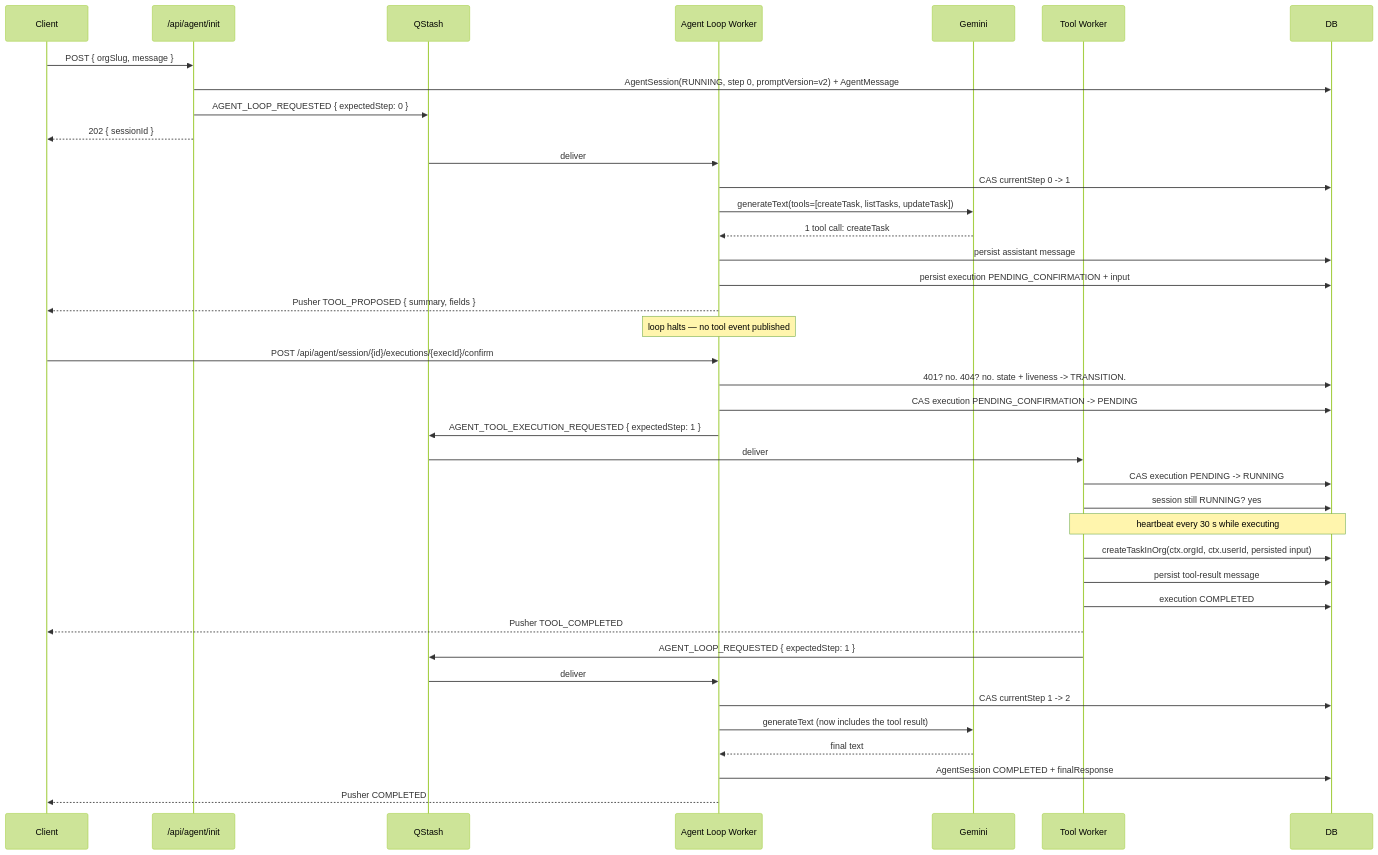
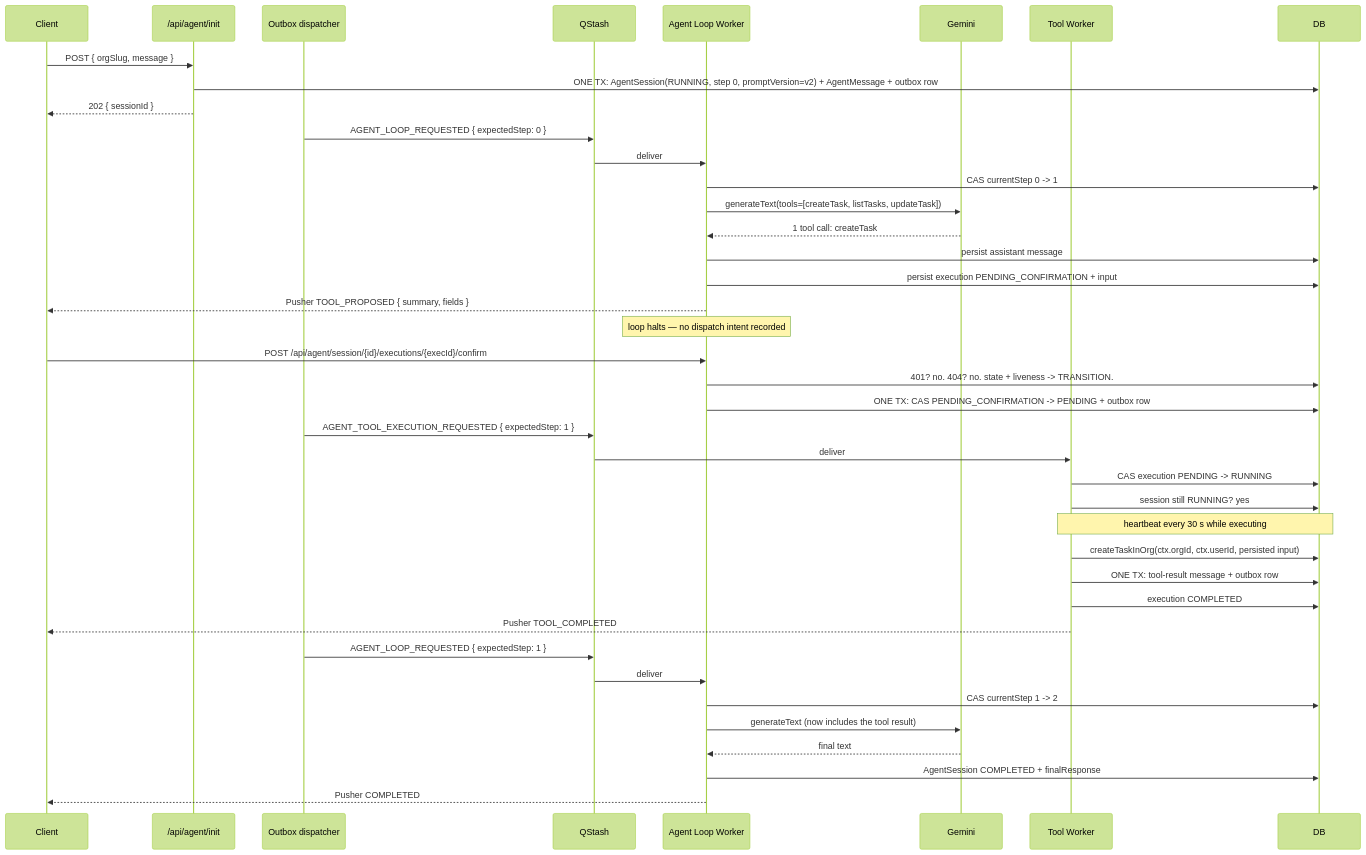
The seventh of 7 diagrams in forge/docs/architecture/agent/runtime.md (Mayur11code/Forge), drawn with Mermaid (forest theme) before and after one commit. The commit also changed other lines of this file and 1 other file, not shown here.

First line of the commit message:
docs(agent): document the outbox, approval expiry and recovery gaps

````diff
--- a/forge/docs/architecture/agent/runtime.md
+++ b/forge/docs/architecture/agent/runtime.md
@@ -718,43 +834,44 @@
 ```mermaid
 sequenceDiagram
     participant C as Client
     participant I as /api/agent/init
+    participant O as Outbox dispatcher
     participant Q as QStash
     participant L as Agent Loop Worker
     participant M as Gemini
     participant T as Tool Worker
     participant D as DB
 
     C->>I: POST { orgSlug, message }
-    I->>D: AgentSession(RUNNING, step 0, promptVersion=v2) + AgentMessage
-    I->>Q: AGENT_LOOP_REQUESTED { expectedStep: 0 }
+    I->>D: ONE TX: AgentSession(RUNNING, step 0, promptVersion=v2) + AgentMessage + outbox row
     I-->>C: 202 { sessionId }
+    O->>Q: AGENT_LOOP_REQUESTED { expectedStep: 0 }
     Q->>L: deliver
     L->>D: CAS currentStep 0 -> 1
     L->>M: generateText(tools=[createTask, listTasks, updateTask])
     M-->>L: 1 tool call: createTask
     L->>D: persist assistant message
     L->>D: persist execution PENDING_CONFIRMATION + input
     L-->>C: Pusher TOOL_PROPOSED { summary, fields }
-    Note over L: loop halts — no tool event published
+    Note over L: loop halts — no dispatch intent recorded
 
     C->>L: POST /api/agent/session/{id}/executions/{execId}/confirm
     L->>D: 401? no. 404? no. state + liveness -> TRANSITION.
-    L->>D: CAS execution PENDING_CONFIRMATION -> PENDING
-    L->>Q: AGENT_TOOL_EXECUTION_REQUESTED { expectedStep: 1 }
+    L->>D: ONE TX: CAS PENDING_CONFIRMATION -> PENDING + outbox row
+    O->>Q: AGENT_TOOL_EXECUTION_REQUESTED { expectedStep: 1 }
     Q->>T: deliver
     T->>D: CAS execution PENDING -> RUNNING
     T->>D: session still RUNNING? yes
     Note over T,D: heartbeat every 30 s while executing
     T->>D: createTaskInOrg(ctx.orgId, ctx.userId, persisted input)
-    T->>D: persist tool-result message
+    T->>D: ONE TX: tool-result message + outbox row
     T->>D: execution COMPLETED
     T-->>C: Pusher TOOL_COMPLETED
-    T->>Q: AGENT_LOOP_REQUESTED { expectedStep: 1 }
+    O->>Q: AGENT_LOOP_REQUESTED { expectedStep: 1 }
     Q->>L: deliver
     L->>D: CAS currentStep 1 -> 2
     L->>M: generateText (now includes the tool result)
     M-->>L: final text
     L->>D: AgentSession COMPLETED + finalResponse
     L-->>C: Pusher COMPLETED
 ```
````
